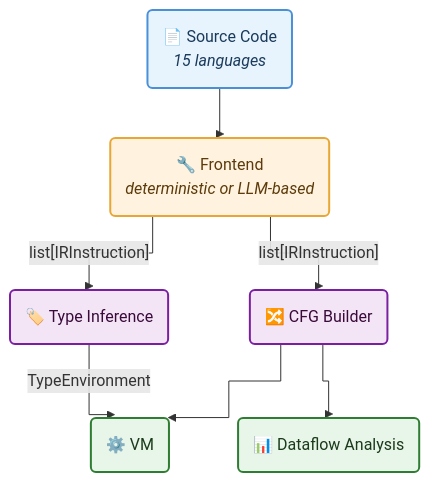
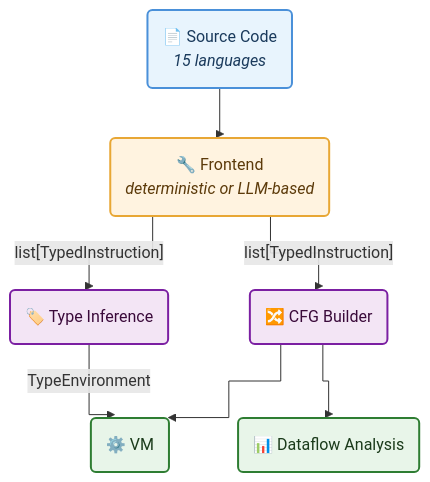
Before and after one commit to asengupta/avishek.net: the first of 9 diagrams in _posts/2026-03-01-designing-reddragon-multi-language-code-analysis.md, drawn with Mermaid. The commit also changed other lines of this file, not shown here.

````diff
--- a/_posts/2026-03-01-designing-reddragon-multi-language-code-analysis.md
+++ b/_posts/2026-03-01-designing-reddragon-multi-language-code-analysis.md
@@ -78,22 +78,22 @@
 ```mermaid
 %%{ init: { "flowchart": { "curve": "stepBefore" } } }%%
 flowchart TD
     src("📄 Source Code<br/><i>15 languages</i>"):::input
     frontend("🔧 Frontend<br/><i>deterministic or LLM-based</i>"):::transform
     cfg("🔀 CFG Builder"):::analysis
     typeinf("🏷️ Type Inference"):::analysis
     vm("⚙️ VM"):::engine
     dataflow("📊 Dataflow Analysis"):::engine
 
     src --> frontend
-    frontend -->|"list[IRInstruction]"| cfg
-    frontend -->|"list[IRInstruction]"| typeinf
+    frontend -->|"list[TypedInstruction]"| cfg
+    frontend -->|"list[TypedInstruction]"| typeinf
     typeinf -->|"TypeEnvironment"| vm
     cfg --> vm
     cfg --> dataflow
 
     classDef input fill:#e8f4fd,stroke:#4a90d9,stroke-width:2px,color:#1a3a5c
     classDef transform fill:#fff3e0,stroke:#e8a735,stroke-width:2px,color:#5c3a0a
     classDef analysis fill:#f3e5f5,stroke:#7b1fa2,stroke-width:2px,color:#3a0a3a
     classDef engine fill:#e8f5e9,stroke:#2e7d32,stroke-width:2px,color:#1a3a1a
 ```
````
